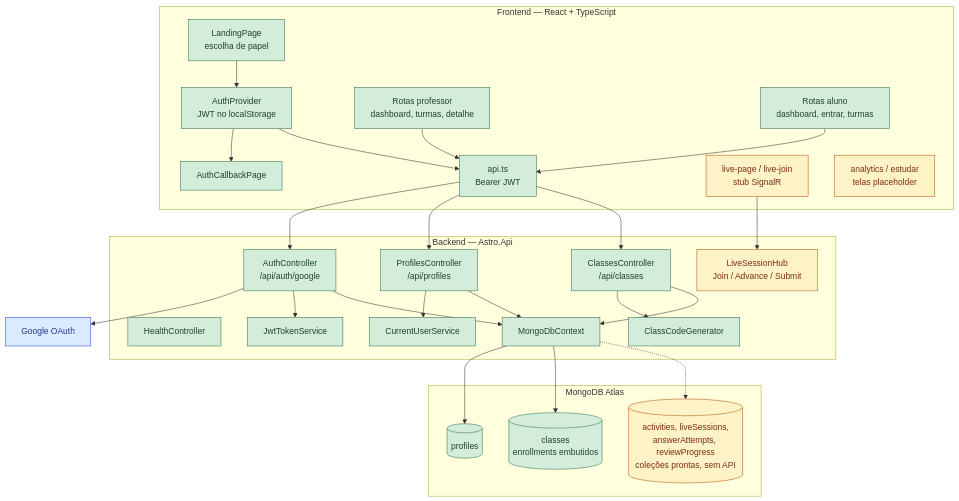
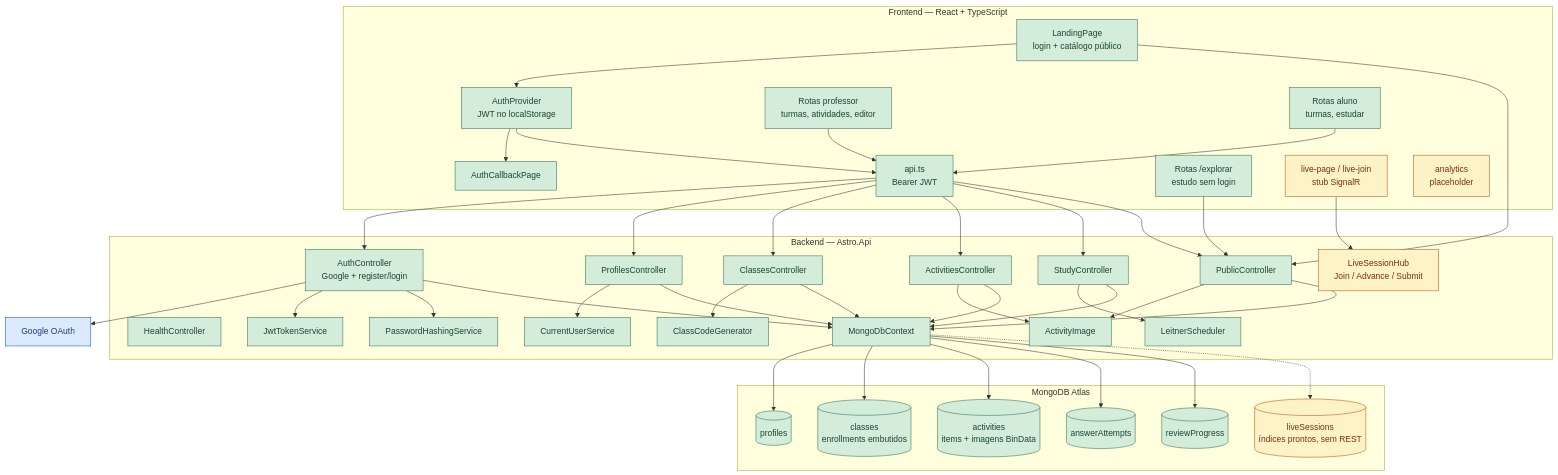
The second of 9 diagrams in docs/diagrama-arquitetura.md (brenorosa10/Projeto_TCC), drawn with Mermaid before and after one commit. The commit also changed other lines of this file and 31 other files, not shown here.

````diff
--- a/docs/diagrama-arquitetura.md
+++ b/docs/diagrama-arquitetura.md
@@ -54,24 +56,31 @@
 ```mermaid
 flowchart TB
   subgraph Frontend["Frontend — React + TypeScript"]
-    LP[LandingPage<br/>escolha de papel]
+    LP[LandingPage<br/>login + catálogo público]
     CB[AuthCallbackPage]
     AUTH[AuthProvider<br/>JWT no localStorage]
     APIJS["api.ts<br/>Bearer JWT"]
-    PROF["Rotas professor<br/>dashboard, turmas, detalhe"]
-    ALU["Rotas aluno<br/>dashboard, entrar, turmas"]
+    PROF["Rotas professor<br/>turmas, atividades, editor"]
+    ALU["Rotas aluno<br/>turmas, estudar"]
+    EXP["Rotas /explorar<br/>estudo sem login"]
     LIVEP["live-page / live-join<br/>stub SignalR"]
-    STUB["analytics / estudar<br/>telas placeholder"]
+    ANUI[analytics<br/>placeholder]
   end
 
   subgraph Backend["Backend — Astro.Api"]
-    AC[AuthController<br/>/api/auth/google]
-    PC[ProfilesController<br/>/api/profiles]
-    CC[ClassesController<br/>/api/classes]
+    AC["AuthController<br/>Google + register/login"]
+    PC[ProfilesController]
+    CC[ClassesController]
+    ACT[ActivitiesController]
+    STU[StudyController]
+    PUB[PublicController]
     HC[HealthController]
     JWT[JwtTokenService]
+    HASH[PasswordHashingService]
     CUS[CurrentUserService]
     CODE[ClassCodeGenerator]
+    IMG[ActivityImage]
+    LEIT[LeitnerScheduler]
     HUB[LiveSessionHub<br/>Join / Advance / Submit]
     MONGO[MongoDbContext]
   end
@@ -79,35 +88,53 @@
   subgraph Atlas["MongoDB Atlas"]
     COL1[("profiles")]
     COL2[("classes<br/>enrollments embutidos")]
-    COLX[("activities, liveSessions,<br/>answerAttempts, reviewProgress<br/>coleções prontas, sem API")]
+    COL3[("activities<br/>items + imagens BinData")]
+    COL4[("answerAttempts")]
+    COL5[("reviewProgress")]
+    COLX[("liveSessions<br/>índices prontos, sem REST")]
   end
 
   GGL[Google OAuth]
 
   LP --> AUTH
+  LP --> PUB
   AUTH --> CB
   AUTH --> APIJS
   PROF --> APIJS
   ALU --> APIJS
+  EXP --> PUB
   LIVEP --> HUB
   APIJS --> AC
   APIJS --> PC
   APIJS --> CC
+  APIJS --> ACT
+  APIJS --> STU
+  APIJS --> PUB
   AC --> GGL
   AC --> JWT
+  AC --> HASH
   AC --> MONGO
   PC --> CUS
   PC --> MONGO
   CC --> CODE
   CC --> MONGO
+  ACT --> IMG
+  ACT --> MONGO
+  STU --> LEIT
+  STU --> MONGO
+  PUB --> IMG
+  PUB --> MONGO
   MONGO --> COL1
   MONGO --> COL2
+  MONGO --> COL3
+  MONGO --> COL4
+  MONGO --> COL5
   MONGO -.-> COLX
 
   classDef atual fill:#d4edda,stroke:#2f6f4e,color:#1b4332
   classDef futuro fill:#fef3c7,stroke:#b45309,color:#7c2d12
   classDef externo fill:#dbeafe,stroke:#1d4ed8,color:#1e3a8a
-  class LP,CB,AUTH,APIJS,PROF,ALU,AC,PC,CC,HC,JWT,CUS,CODE,MONGO,COL1,COL2 atual
-  class LIVEP,STUB,HUB,COLX futuro
+  class LP,CB,AUTH,APIJS,PROF,ALU,EXP,AC,PC,CC,ACT,STU,PUB,HC,JWT,HASH,CUS,CODE,IMG,LEIT,MONGO,COL1,COL2,COL3,COL4,COL5 atual
+  class LIVEP,ANUI,HUB,COLX futuro
   class GGL externo
 ```
````
